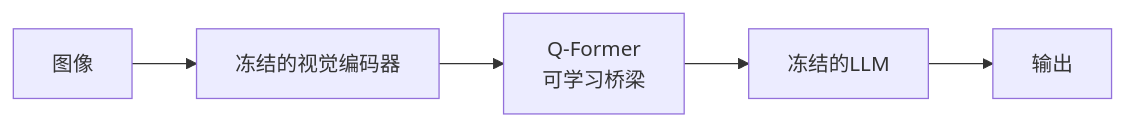
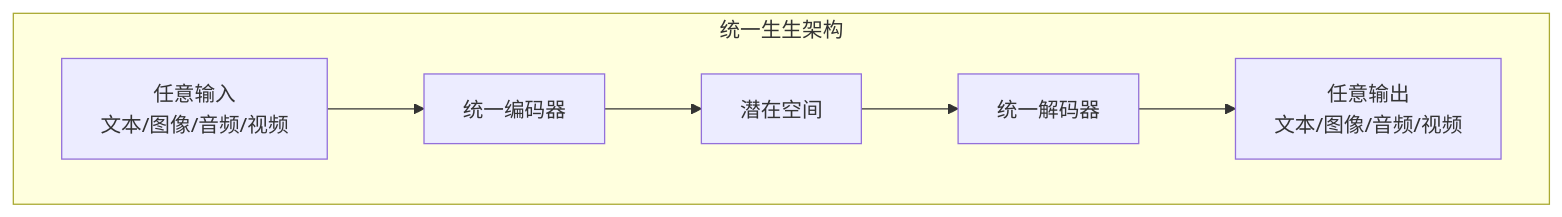
Before and after one commit to Xunzhuo/mini-sglang: the fourth of 4 diagrams in learning/website/docs/basics/23-multimodal.md, drawn with Mermaid. The commit also changed other lines of this file and 5 other files, not shown here.

````diff
--- a/learning/website/docs/basics/23-multimodal.md
+++ b/learning/website/docs/basics/23-multimodal.md
@@ -137,7 +401,9 @@
 ```mermaid
-graph LR
-    Image[图像] --> VE[冻结的视觉编码器]
-    VE --> QF[Q-Former<br>可学习桥梁]
-    QF --> LLM[冻结的LLM]
-    LLM --> Output[输出]
+graph TB
+    subgraph 统一生生架构
+        Input[任意输入<br>文本/图像/音频/视频] --> Encoder[统一编码器]
+        Encoder --> Latent[潜在空间]
+        Latent --> Decoder[统一解码器]
+        Decoder --> Output[任意输出<br>文本/图像/音频/视频]
+    end
 ```
````
